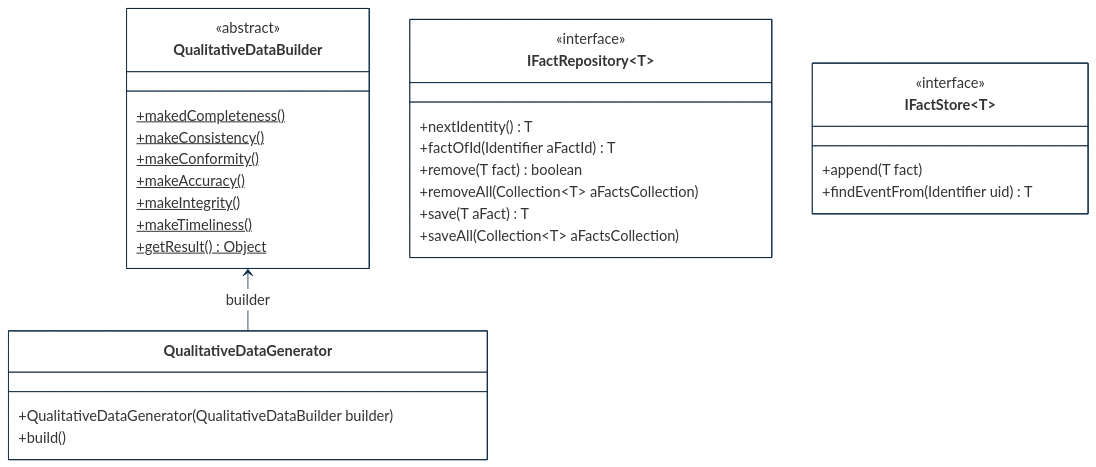
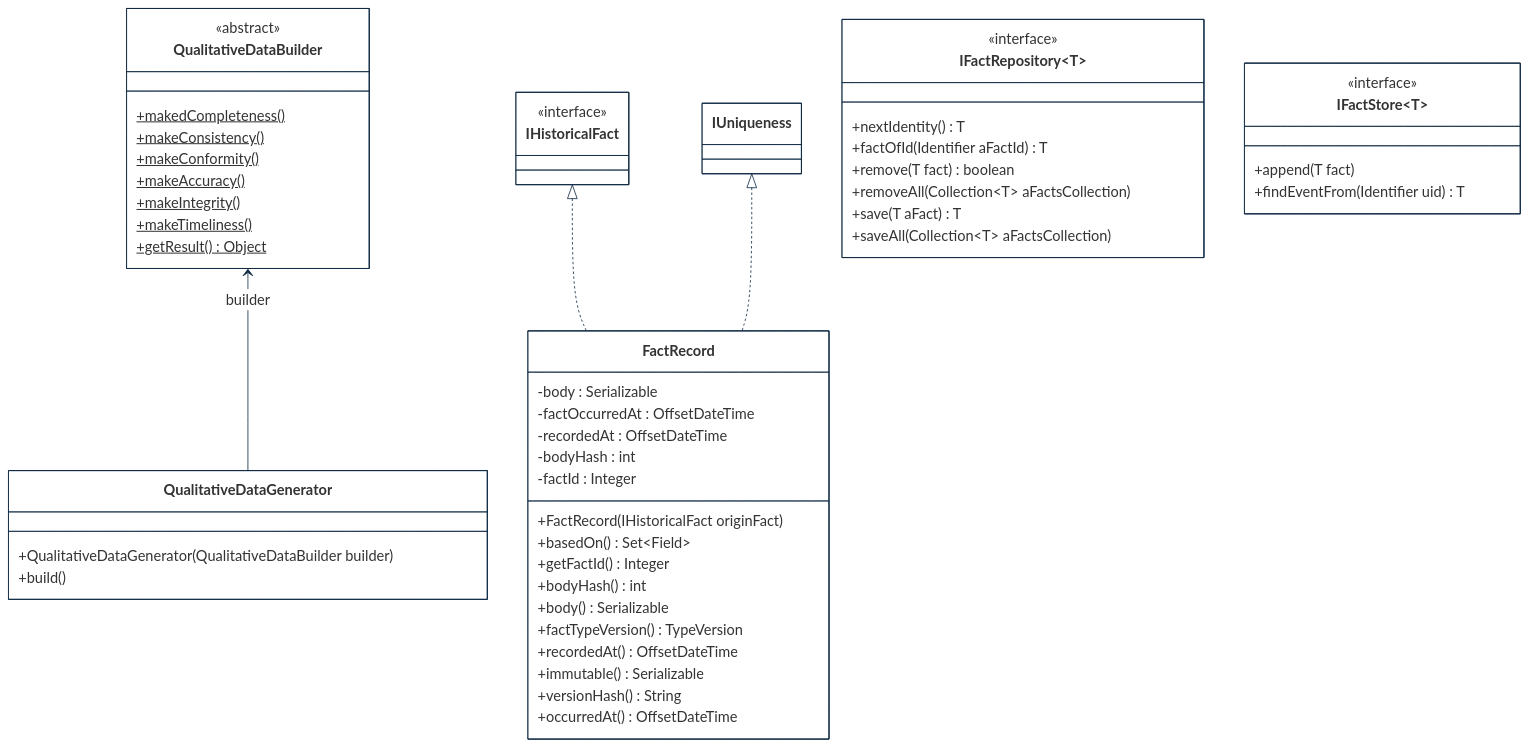
One commit to cybnity/foundation changed the second of 4 diagrams in implementations-line/framework/immutable/designview-packages.md. Above: the diagram before and after it, drawn with Mermaid.

````diff
--- a/implementations-line/framework/immutable/designview-packages.md
+++ b/implementations-line/framework/immutable/designview-packages.md
@@ -116,51 +94,73 @@
 ```mermaid
 %%{
   init: {
     'theme': 'base',
     'themeVariables': {
         'background': '#ffffff',
         'fontFamily': 'arial',
         'fontSize': '18px',
         'primaryColor': '#fff',
         'primaryBorderColor': '#0e2a43',
         'secondaryBorderColor': '#0e2a43',
         'tertiaryBorderColor': '#0e2a43',
         'edgeLabelBackground':'#0e2a43',
         'lineColor': '#0e2a43',
         'tertiaryColor': '#fff'
     }
   }
 }%%
 classDiagram
     QualitativeDataBuilder <-- QualitativeDataGenerator : builder
+    IHistoricalFact <|.. FactRecord
+    IUniqueness <|.. FactRecord
 
+    class IHistoricalFact {
+        <<interface>>
+    }
+    class FactRecord {
+        -body : Serializable
+        -factOccurredAt : OffsetDateTime
+        -recordedAt : OffsetDateTime
+        -bodyHash : int
+        -factId : Integer
+        +FactRecord(IHistoricalFact originFact)
+        +basedOn() Set~Field~
+        +getFactId() Integer
+        +bodyHash() int
+        +body() Serializable
+        +factTypeVersion() TypeVersion
+        +recordedAt() OffsetDateTime
+        +immutable() Serializable
+        +versionHash() String
+        +occurredAt() OffsetDateTime
+    }
     class IFactRepository~T~ {
         <<interface>>
         +nextIdentity() T
         +factOfId(Identifier aFactId) T
         +remove(T fact) boolean
         +removeAll(Collection~T~ aFactsCollection)
         +save(T aFact) T
         +saveAll(Collection~T~ aFactsCollection)
     }
     class IFactStore~T~ {
         <<interface>>
         +append(T fact)
         +findEventFrom(Identifier uid) T
     }
     class QualitativeDataBuilder {
         <<abstract>>
         +makedCompleteness()$
         +makeConsistency()$
         +makeConformity()$
         +makeAccuracy()$
         +makeIntegrity()$
         +makeTimeliness()$
         +getResult()$ Object
     }
     class QualitativeDataGenerator {
         +QualitativeDataGenerator(QualitativeDataBuilder builder)
         +build()
     }
 
 ```
````
